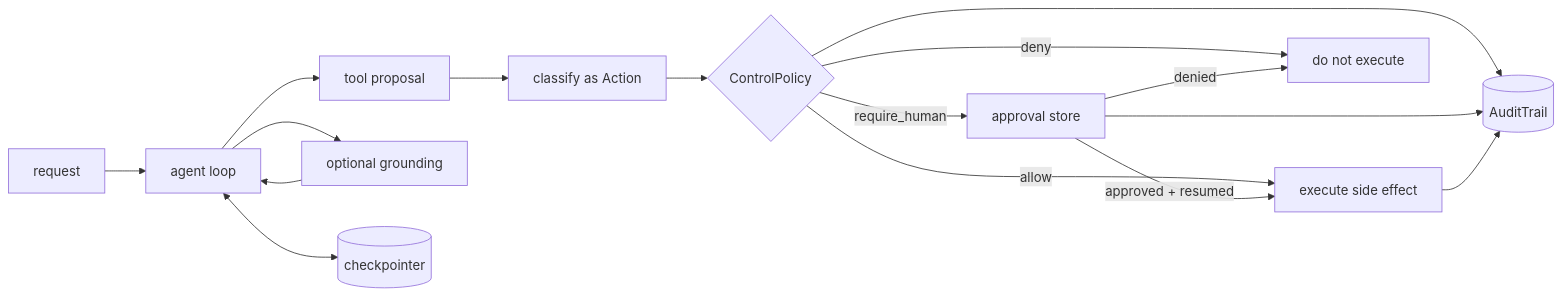
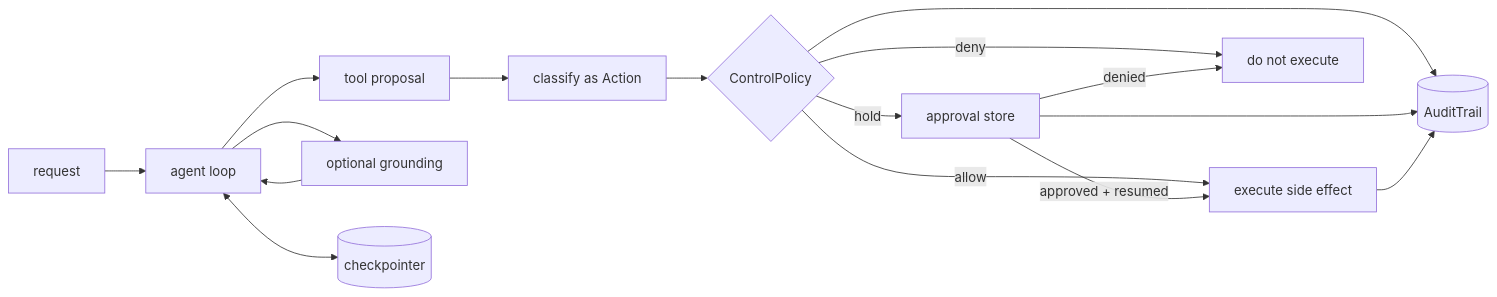
Before and after one commit to tuliplabs-ai/docs: the diagram in docs/concepts/control-layer.md, drawn with Mermaid. The commit also changed other lines of this file and 116 other files, not shown here.

````diff
--- a/docs/concepts/control-layer.md
+++ b/docs/concepts/control-layer.md
@@ -12,18 +12,18 @@
 ```mermaid
 flowchart LR
   U[request] --> L[agent loop]
   L --> T[tool proposal]
   L --> G[optional grounding]
   G --> L
   T --> C[classify as Action]
   C --> P{ControlPolicy}
   P -->|allow| E[execute side effect]
-  P -->|require_human| H[approval store]
+  P -->|hold| H[approval store]
   P -->|deny| X[do not execute]
   H -->|approved + resumed| E
   H -->|denied| X
   P --> A[(AuditTrail)]
   H --> A
   E --> A
   L <--> S[(checkpointer)]
 ```
````
